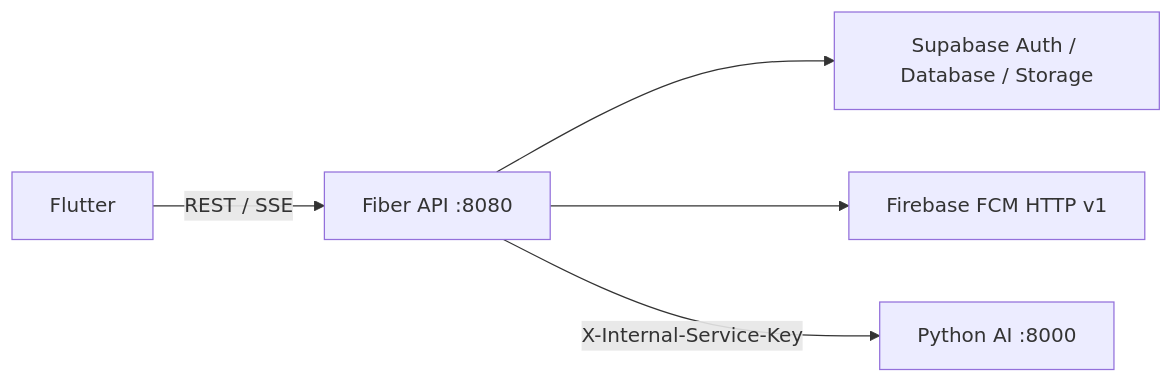
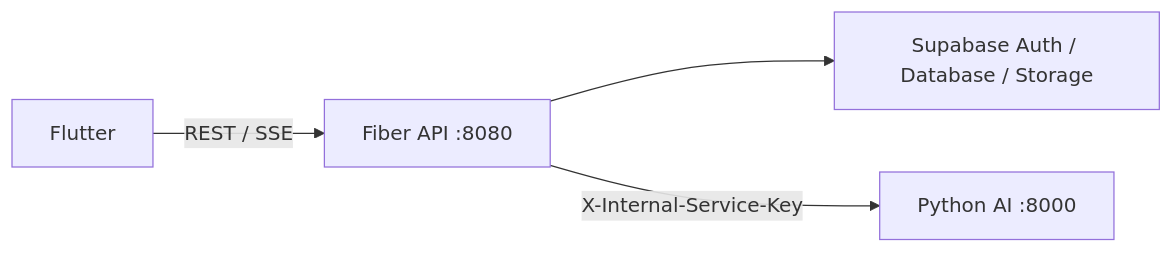
One commit to chn-benmat/yuemnoi_app changed the diagram in backend/README.md. Above: the diagram before and after it, drawn with Mermaid. The commit also changed other lines of this file and 69 other files, not shown here.

````diff
--- a/backend/README.md
+++ b/backend/README.md
@@ -64,7 +63,6 @@
 ```mermaid
 flowchart LR
     App["Flutter"] -->|"REST / SSE"| API["Fiber API :8080"]
     API --> SB["Supabase Auth / Database / Storage"]
-    API --> FCM["Firebase FCM HTTP v1"]
     API -->|"X-Internal-Service-Key"| AI["Python AI :8000"]
 ```
````
